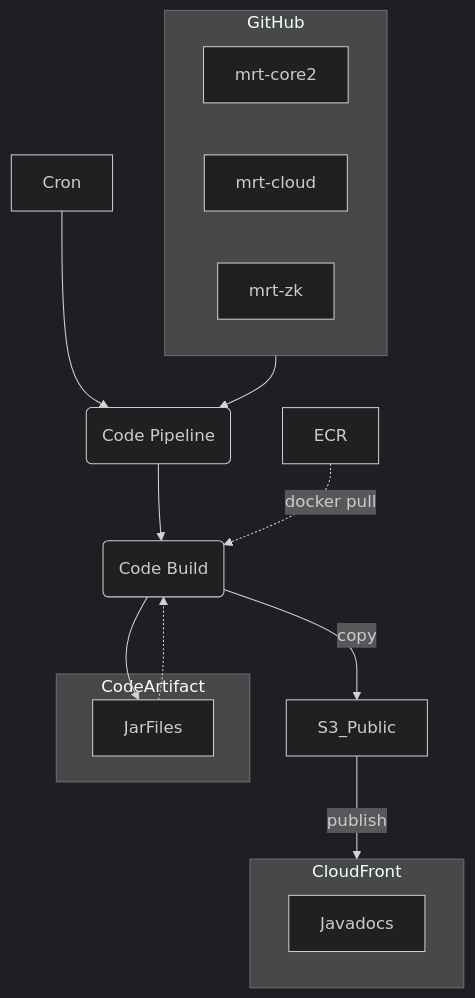
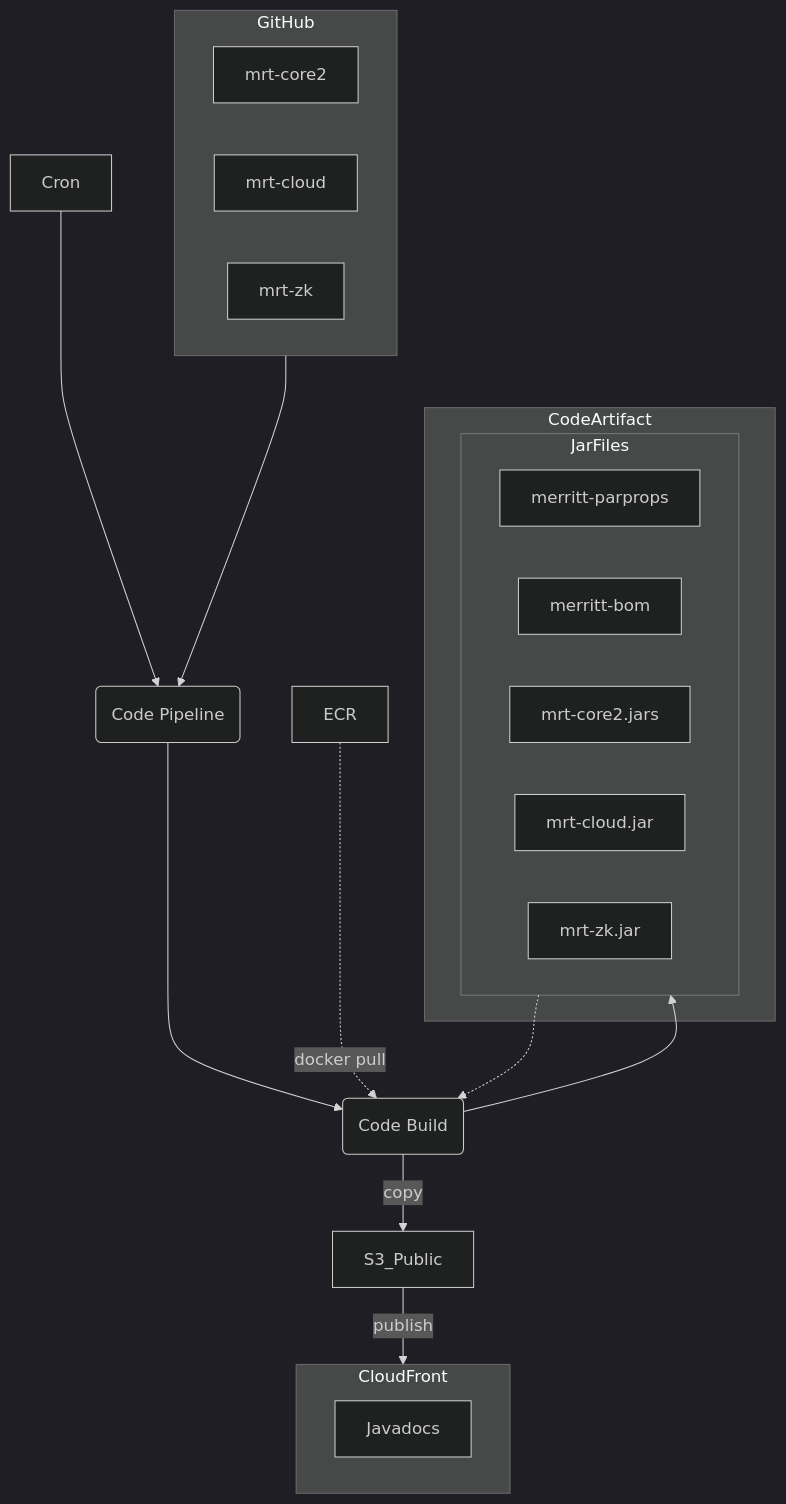
The second of 10 diagrams in design/aws-build/README.md (CDLUC3/mrt-doc), drawn with Mermaid (dark theme) before and after one commit. The commit also changed other lines of this file, not shown here.

````diff
--- a/design/aws-build/README.md
+++ b/design/aws-build/README.md
@@ -53,26 +60,32 @@
 ```mermaid
 graph TD
   subgraph GitHub
     mrt-core2
     mrt-cloud
     mrt-zk
   end
   GitHub --> Pipeline
   Cron --> Pipeline
   Pipeline(Code Pipeline)
   Pipeline --> Build
   Build(Code Build)
   S3_Public
   Build --> JarFiles
   Build --> |copy| S3_Public
   S3_Public --> |publish| CloudFront
   ECR
   ECR -.-> |docker pull| Build
   subgraph CodeArtifact
-    JarFiles
+    subgraph JarFiles
+      merritt-parprops
+      merritt-bom
+      mrt-core2.jars
+      mrt-cloud.jar
+      mrt-zk.jar
+    end
   end
   JarFiles -.-> Build
   subgraph CloudFront
     Javadocs
   end
 ```
````
